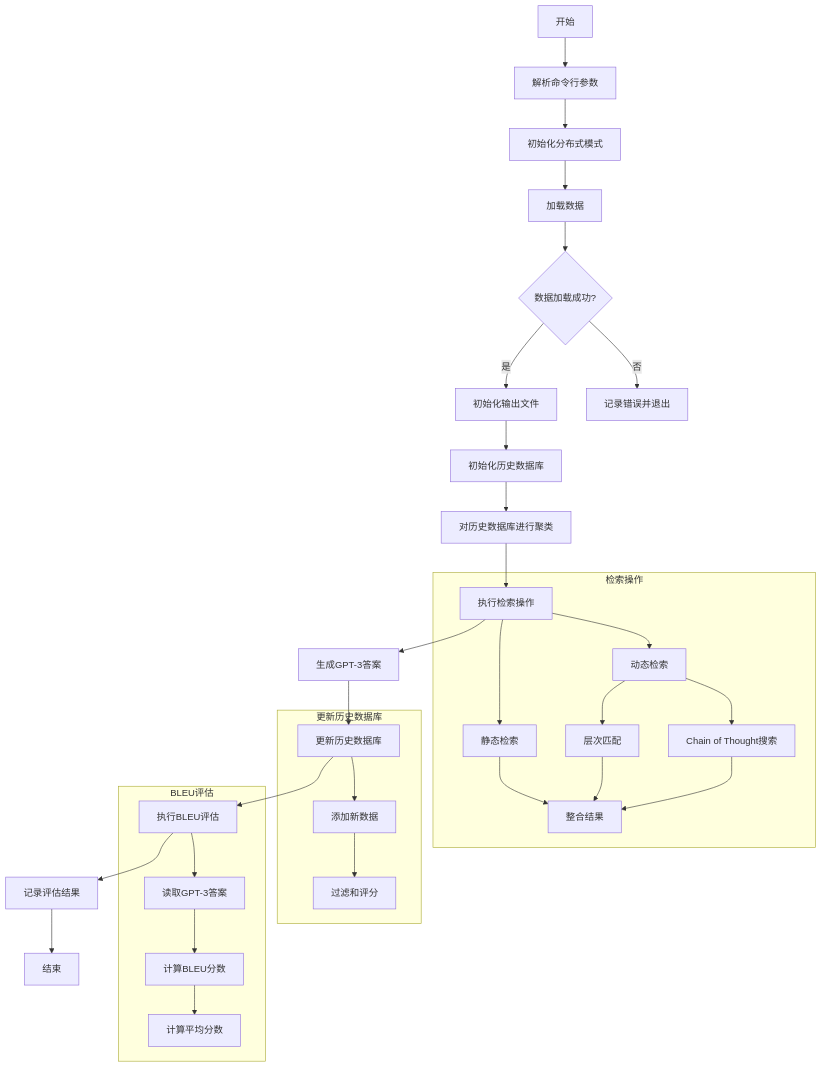
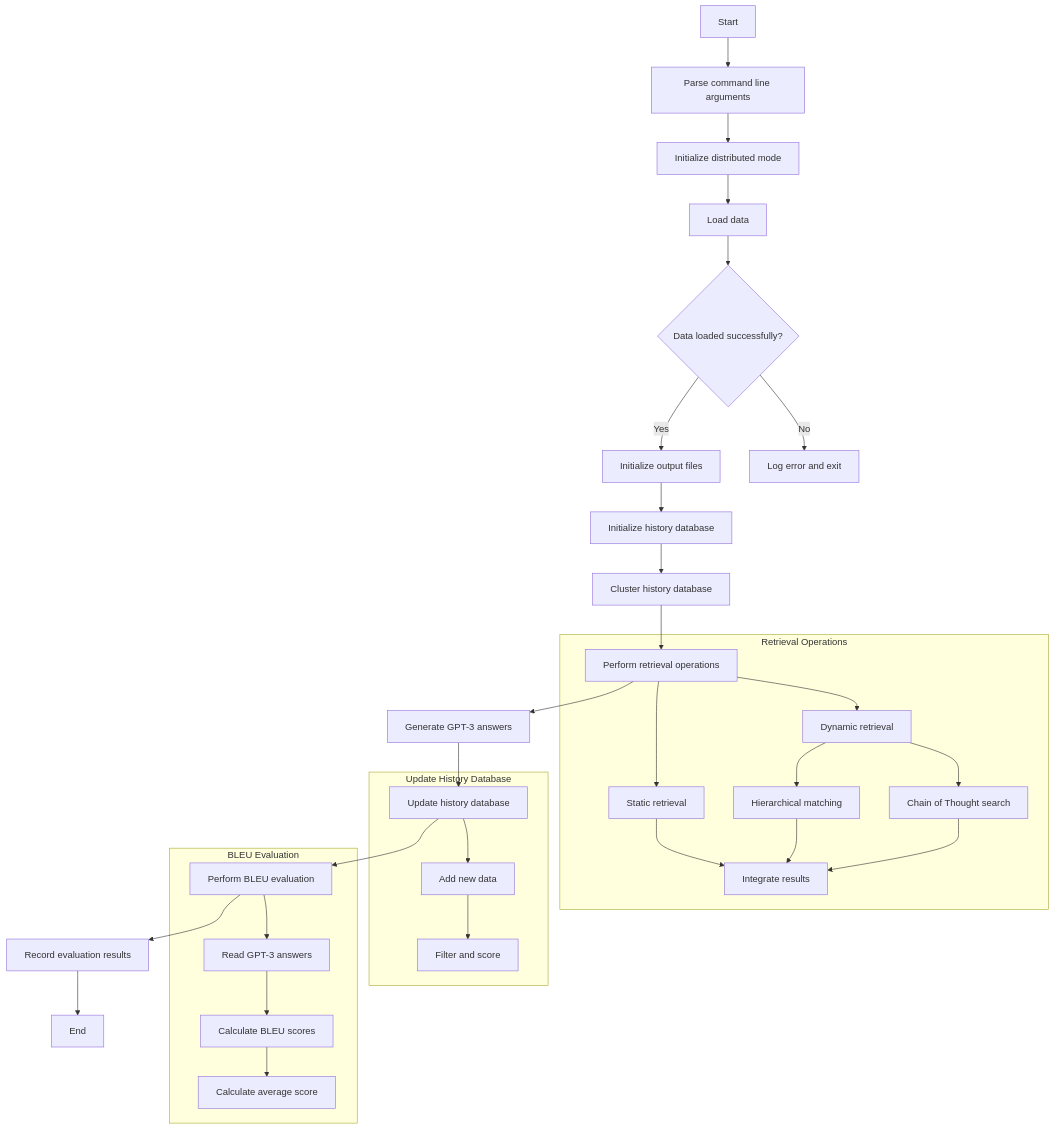
Before and after one commit to FarrenZhang/DH-RAG: the diagram in README.md, drawn with Mermaid. The commit also changed other lines of this file, not shown here.

````diff
--- a/README.md
+++ b/README.md
@@ -7,38 +5,35 @@
 ```mermaid
 graph TD
-    A[开始] --> B[解析命令行参数]
-    B --> C[初始化分布式模式]
-    C --> D[加载数据]
-    D --> E{数据加载成功?}
-    E -->|是| F[初始化输出文件]
-    E -->|否| Z[记录错误并退出]
-    F --> G[初始化历史数据库]
-    G --> N[对历史数据库进行聚类]
-    N --> H[执行检索操作]
-    H --> I[生成GPT-3答案]
-    I --> J[更新历史数据库]
-    J --> K[执行BLEU评估]
-    K --> L[记录评估结果]
-    L --> M[结束]
-
-    subgraph 检索操作
-        H --> H1[静态检索]
-        H --> H2[动态检索]
-        H2 --> H21[层次匹配]
-        H2 --> H22[Chain of Thought搜索]
-        H1 --> H3[整合结果]
+    A[Start] --> B[Parse command line arguments]
+    B --> C[Initialize distributed mode]
+    C --> D[Load data]
+    D --> E{Data loaded successfully?}
+    E -->|Yes| F[Initialize output files]
+    E -->|No| Z[Log error and exit]
+    F --> G[Initialize history database]
+    G --> N[Cluster history database]
+    N --> H[Perform retrieval operations]
+    H --> I[Generate GPT-3 answers]
+    I --> J[Update history database]
+    J --> K[Perform BLEU evaluation]
+    K --> L[Record evaluation results]
+    L --> M[End]
+    subgraph Retrieval Operations
+        H --> H1[Static retrieval]
+        H --> H2[Dynamic retrieval]
+        H2 --> H21[Hierarchical matching]
+        H2 --> H22[Chain of Thought search]
+        H1 --> H3[Integrate results]
         H21 --> H3
         H22 --> H3
     end
-
-    subgraph 更新历史数据库
-        J --> J1[添加新数据]
-        J1 --> J2[过滤和评分]
+    subgraph Update History Database
+        J --> J1[Add new data]
+        J1 --> J2[Filter and score]
     end
-
-    subgraph BLEU评估
-        K --> K1[读取GPT-3答案]
-        K1 --> K2[计算BLEU分数]
-        K2 --> K3[计算平均分数]
+    subgraph BLEU Evaluation
+        K --> K1[Read GPT-3 answers]
+        K1 --> K2[Calculate BLEU scores]
+        K2 --> K3[Calculate average score]
     end
 ```
````
